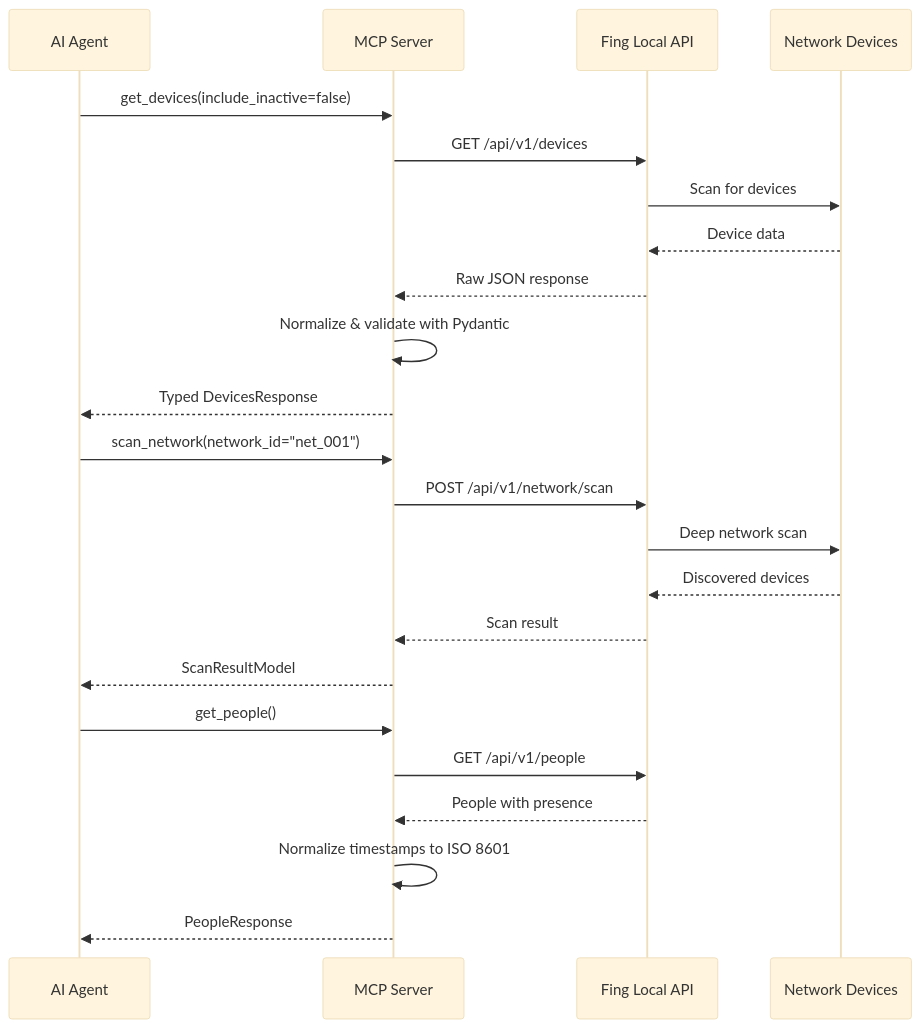
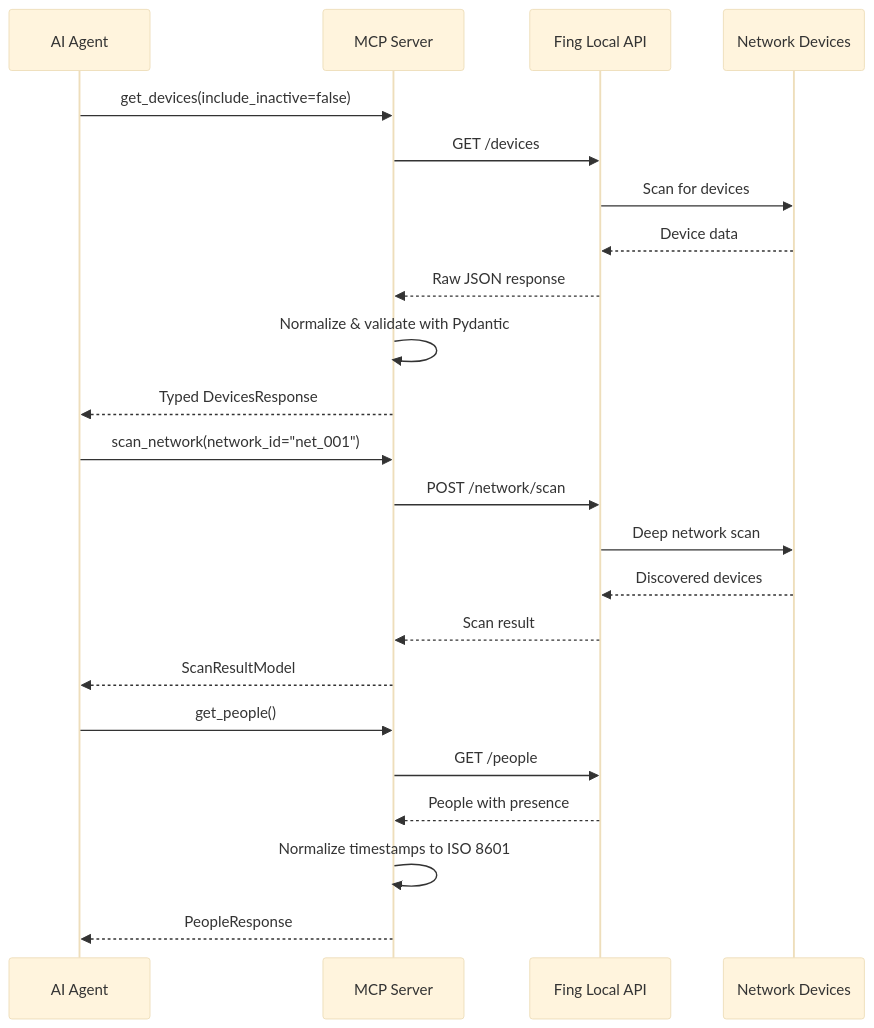
One commit to th3Wheel/Battlestar-Ventana-Network-Blueprint changed the third of 4 diagrams in mcp-fing-server/ARCHITECTURE.md. Above: the diagram before and after it, drawn with Mermaid (base theme). The commit also changed other lines of this file and 8 other files, not shown here.

First line of the commit message:
fix(mcp-fing-server): address all PR review comments

````diff
--- a/mcp-fing-server/ARCHITECTURE.md
+++ b/mcp-fing-server/ARCHITECTURE.md
@@ -79,28 +79,28 @@
 ```mermaid
 sequenceDiagram
     participant Client as AI Agent
     participant MCP as MCP Server
     participant Fing as Fing Local API
     participant Network as Network Devices
     
     Client->>MCP: get_devices(include_inactive=false)
-    MCP->>Fing: GET /api/v1/devices
+    MCP->>Fing: GET /devices
     Fing->>Network: Scan for devices
     Network-->>Fing: Device data
     Fing-->>MCP: Raw JSON response
     MCP->>MCP: Normalize & validate with Pydantic
     MCP-->>Client: Typed DevicesResponse
     
     Client->>MCP: scan_network(network_id="net_001")
-    MCP->>Fing: POST /api/v1/network/scan
+    MCP->>Fing: POST /network/scan
     Fing->>Network: Deep network scan
     Network-->>Fing: Discovered devices
     Fing-->>MCP: Scan result
     MCP-->>Client: ScanResultModel
     
     Client->>MCP: get_people()
-    MCP->>Fing: GET /api/v1/people
+    MCP->>Fing: GET /people
     Fing-->>MCP: People with presence
     MCP->>MCP: Normalize timestamps to ISO 8601
     MCP-->>Client: PeopleResponse
 ```
````
